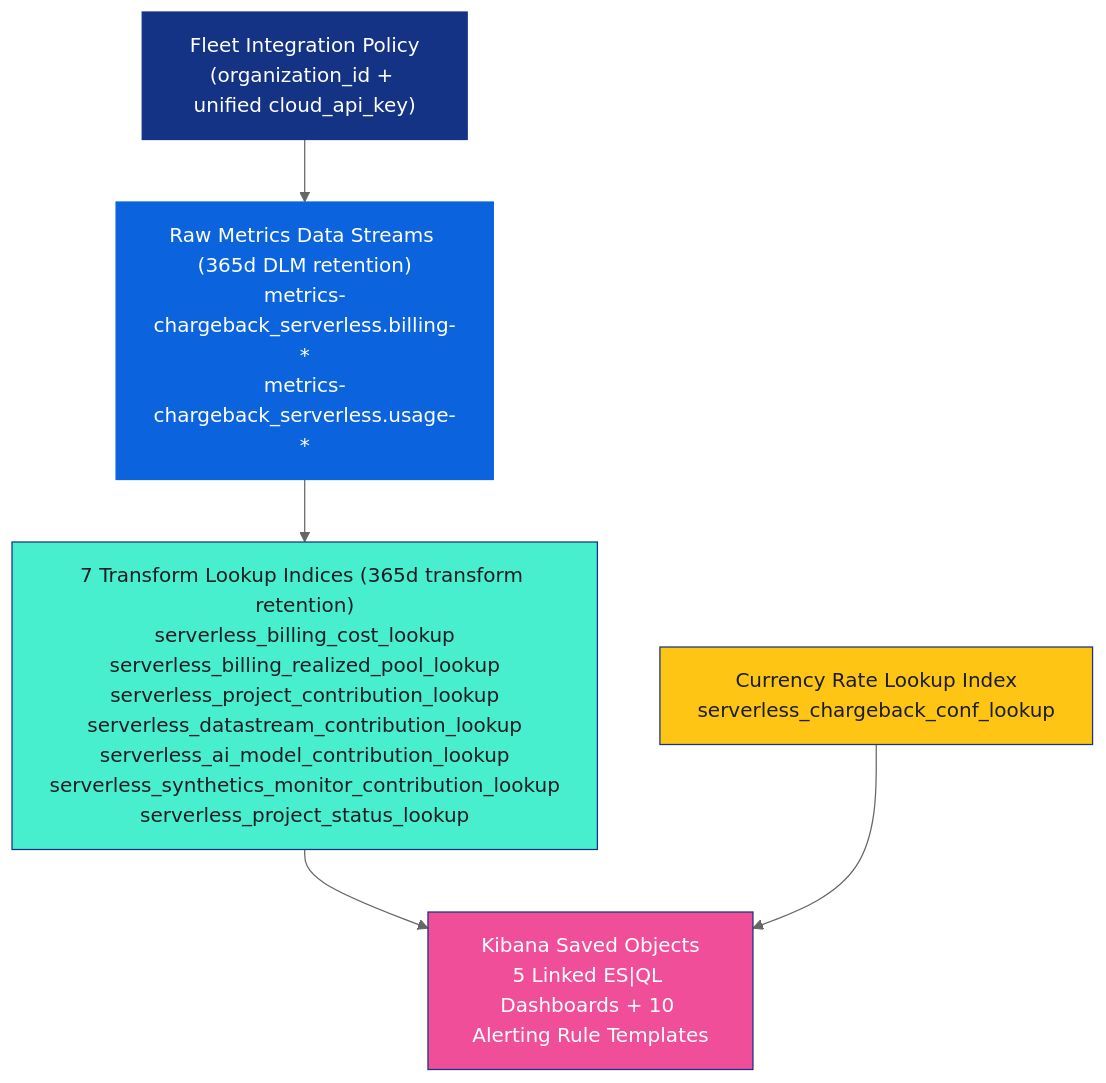
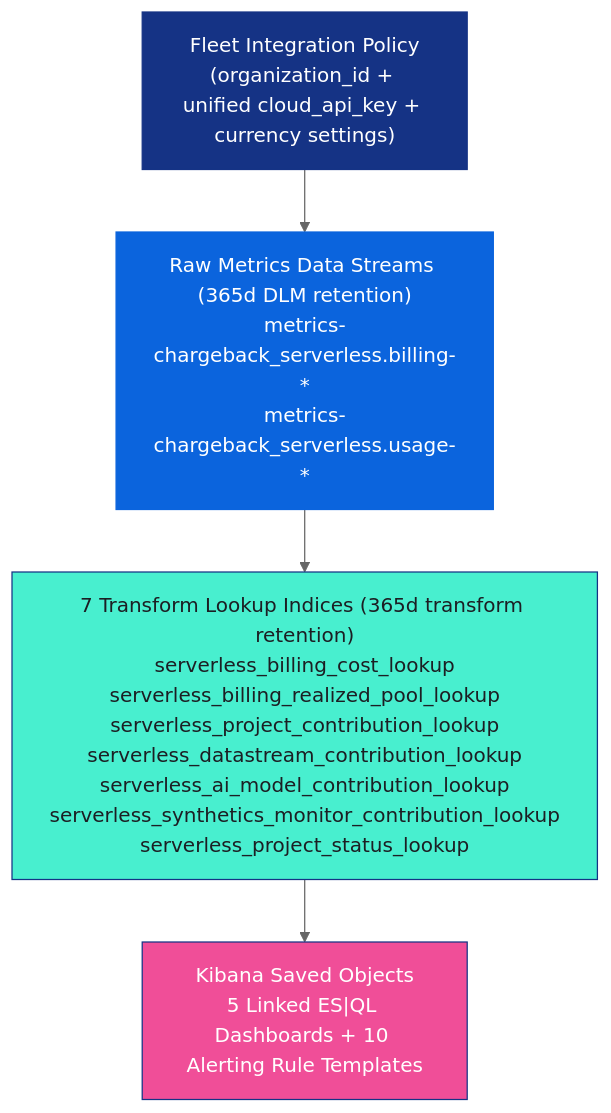
One commit to elastic/elasticsearch-chargeback changed the diagram in integrations/chargeback-serverless/dashboards/DESIGN.md. Above: the diagram before and after it, drawn with Mermaid (neutral theme). The commit also changed other lines of this file and 9 other files, not shown here.

First line of the commit message:
fix(chargeback-serverless): fix CEL ingestion, SKU reconciliation, storage fallback, and docs drift

````diff
--- a/integrations/chargeback-serverless/dashboards/DESIGN.md
+++ b/integrations/chargeback-serverless/dashboards/DESIGN.md
@@ -9,17 +9,16 @@
 ```mermaid
 flowchart TD
-    Policy["Fleet Integration Policy<br/>(organization_id + unified cloud_api_key)"]:::navy
+    Policy["Fleet Integration Policy<br/>(organization_id + unified cloud_api_key + currency settings)"]:::navy
     Streams["Raw Metrics Data Streams (365d DLM retention)<br/>metrics-chargeback_serverless.billing-*<br/>metrics-chargeback_serverless.usage-*"]:::blue
     Lookups["7 Transform Lookup Indices (365d transform retention)<br/>serverless_billing_cost_lookup<br/>serverless_billing_realized_pool_lookup<br/>serverless_project_contribution_lookup<br/>serverless_datastream_contribution_lookup<br/>serverless_ai_model_contribution_lookup<br/>serverless_synthetics_monitor_contribution_lookup<br/>serverless_project_status_lookup"]:::mint
-    Conf["Currency Rate Lookup Index<br/>serverless_chargeback_conf_lookup"]:::yellow
     Assets["Kibana Saved Objects<br/>5 Linked ES|QL Dashboards + 10 Alerting Rule Templates"]:::pink
 
     Policy --> Streams --> Lookups
-    Lookups & Conf --> Assets
+    Lookups --> Assets
 
     classDef navy fill:#153385,stroke:#153385,color:#FFFFFF
     classDef blue fill:#0B64DD,stroke:#0B64DD,color:#FFFFFF
     classDef mint fill:#48EFCF,stroke:#153385,color:#1C1E23
     classDef yellow fill:#FEC514,stroke:#153385,color:#1C1E23
     classDef pink fill:#F04E98,stroke:#153385,color:#FFFFFF
 ```
````
